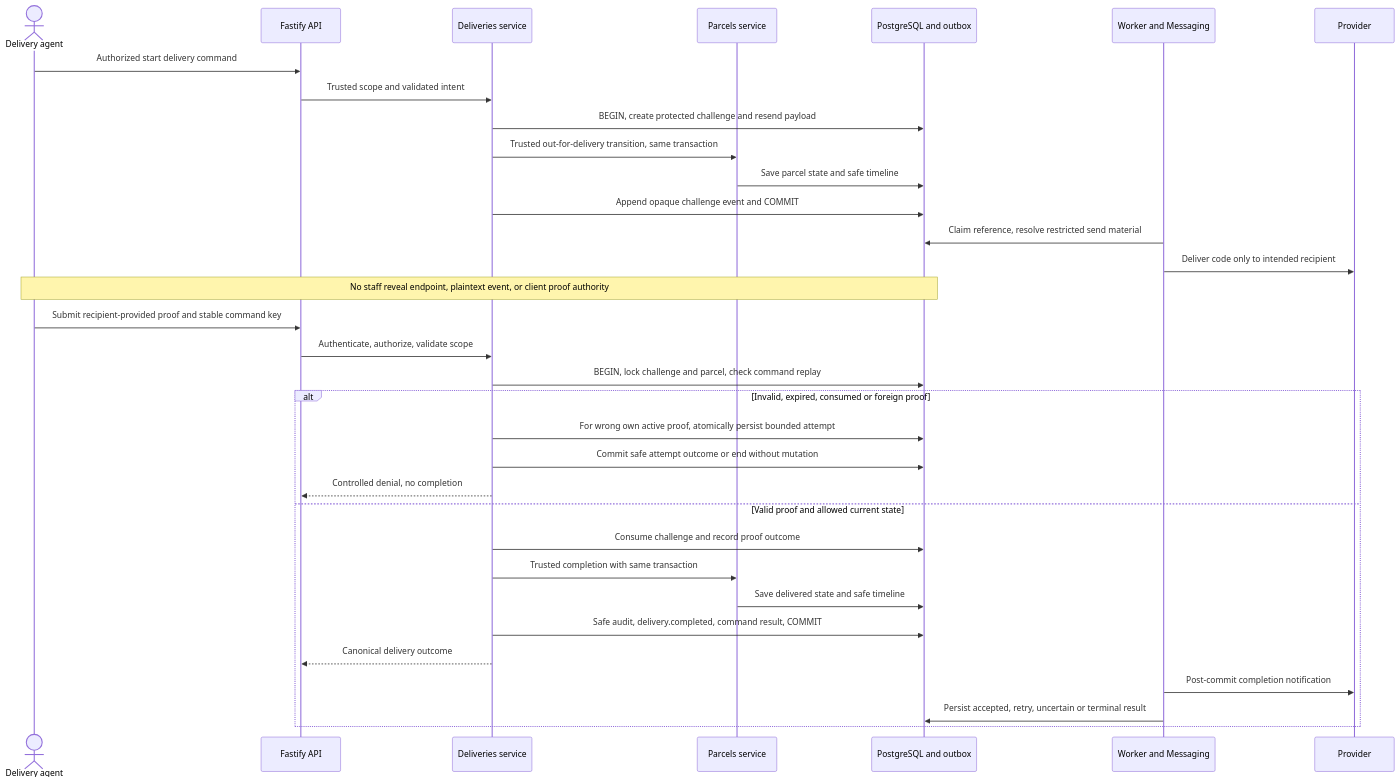
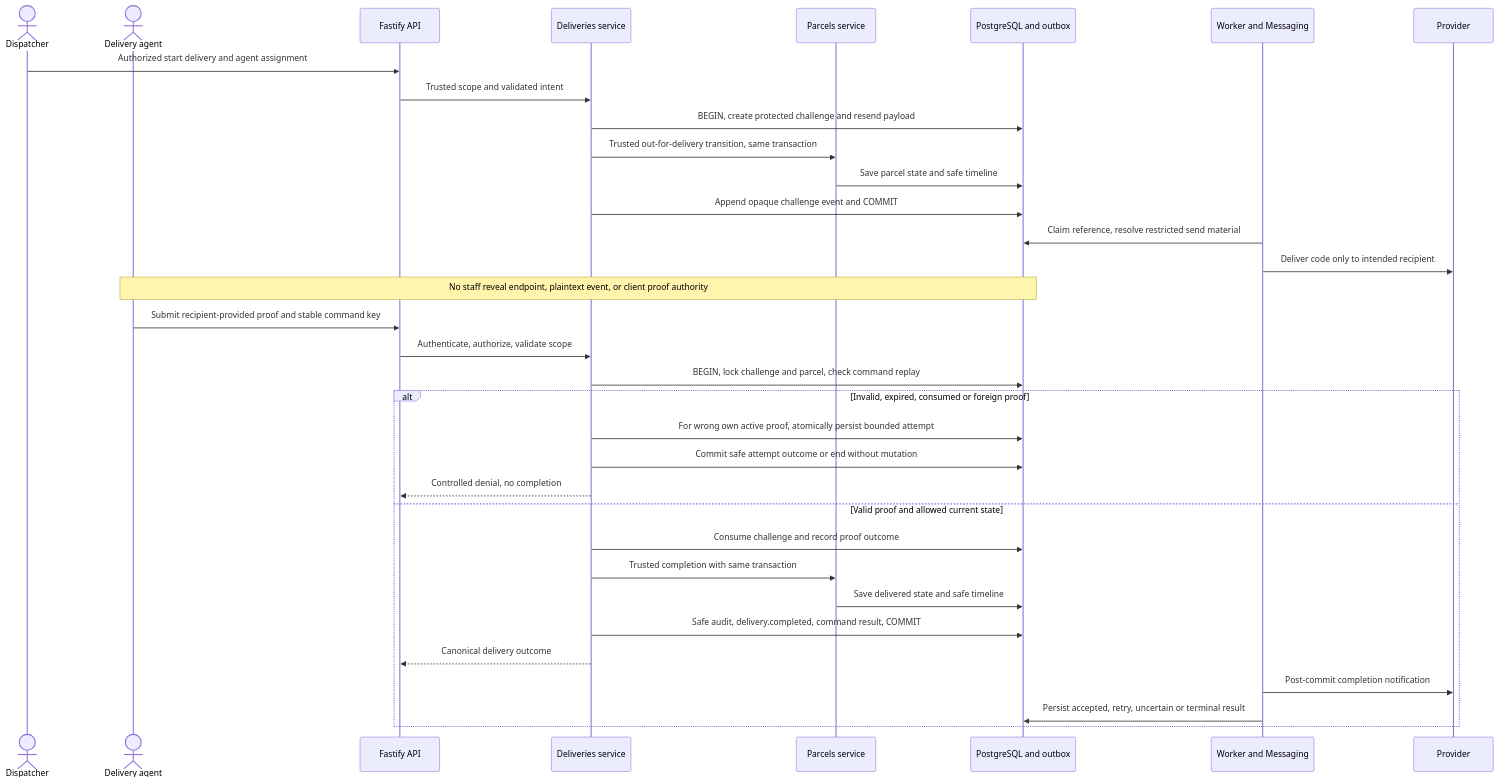
Before and after one commit to ShippingCo/ShipIT: the third of 4 diagrams in docs/architecture/runtime-sequences.md, drawn with Mermaid. The commit also changed other lines of this file and 15 other files, not shown here.

````diff
--- a/docs/architecture/runtime-sequences.md
+++ b/docs/architecture/runtime-sequences.md
@@ -141,35 +141,36 @@
 ```mermaid
 sequenceDiagram
+    actor Dispatcher
     actor Agent as Delivery agent
     participant API as Fastify API
     participant Delivery as Deliveries service
     participant Parcels as Parcels service
     participant DB as PostgreSQL and outbox
     participant Messaging as Worker and Messaging
     participant Provider
-    Agent->>API: Authorized start delivery command
+    Dispatcher->>API: Authorized start delivery and agent assignment
     API->>Delivery: Trusted scope and validated intent
     Delivery->>DB: BEGIN, create protected challenge and resend payload
     Delivery->>Parcels: Trusted out-for-delivery transition, same transaction
     Parcels->>DB: Save parcel state and safe timeline
     Delivery->>DB: Append opaque challenge event and COMMIT
     Messaging->>DB: Claim reference, resolve restricted send material
     Messaging->>Provider: Deliver code only to intended recipient
     Note over Agent,DB: No staff reveal endpoint, plaintext event, or client proof authority
     Agent->>API: Submit recipient-provided proof and stable command key
     API->>Delivery: Authenticate, authorize, validate scope
     Delivery->>DB: BEGIN, lock challenge and parcel, check command replay
     alt Invalid, expired, consumed or foreign proof
         Delivery->>DB: For wrong own active proof, atomically persist bounded attempt
         Delivery->>DB: Commit safe attempt outcome or end without mutation
         Delivery-->>API: Controlled denial, no completion
     else Valid proof and allowed current state
         Delivery->>DB: Consume challenge and record proof outcome
         Delivery->>Parcels: Trusted completion with same transaction
         Parcels->>DB: Save delivered state and safe timeline
         Delivery->>DB: Safe audit, delivery.completed, command result, COMMIT
         Delivery-->>API: Canonical delivery outcome
         Messaging->>Provider: Post-commit completion notification
         Messaging->>DB: Persist accepted, retry, uncertain or terminal result
     end
 ```
````
